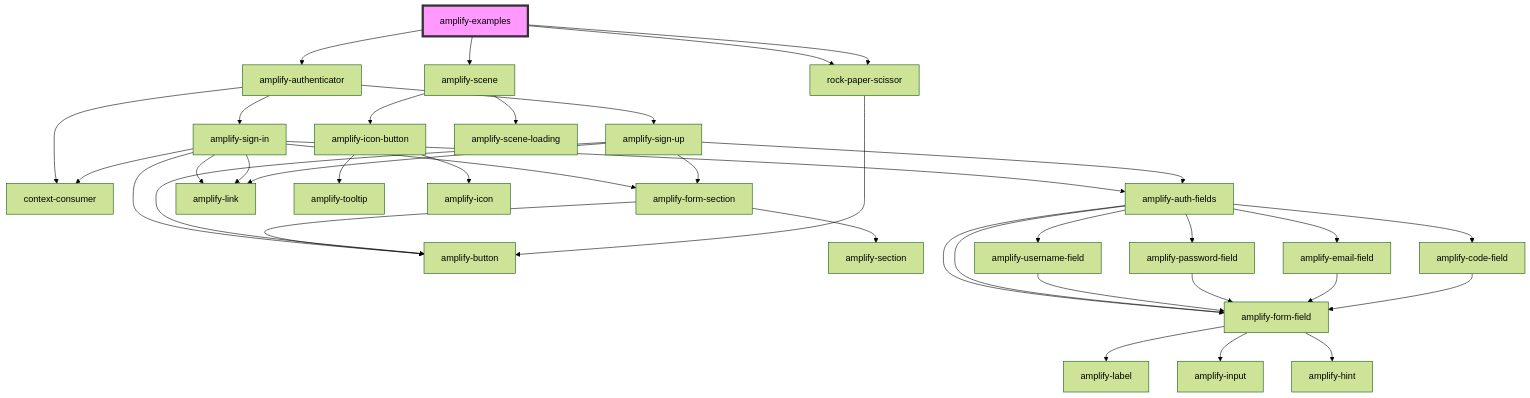
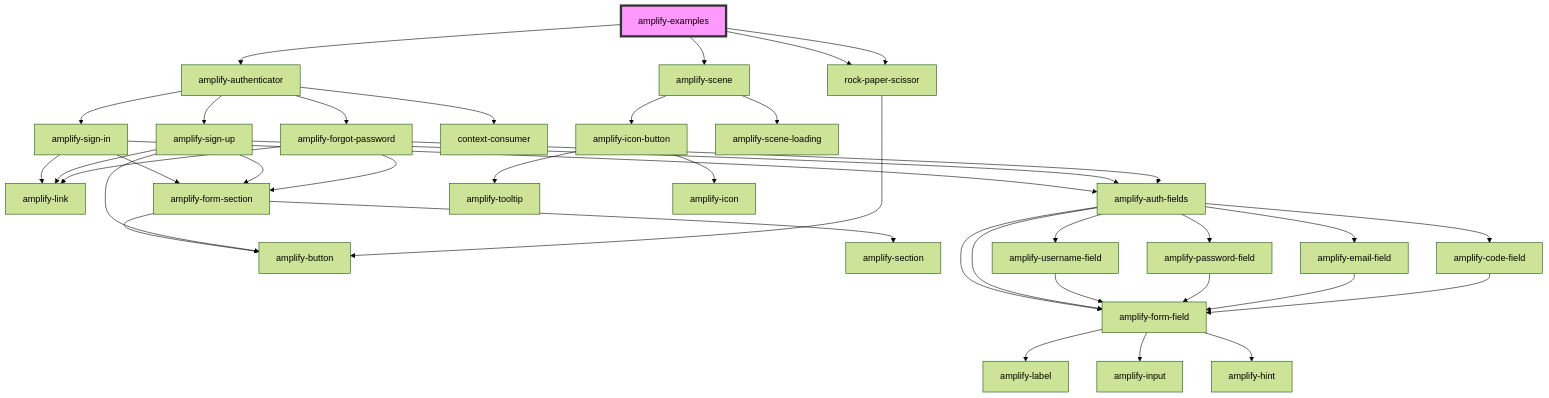
One commit to aws-amplify/amplify-js changed the diagram in packages/amplify-ui-components/src/components/amplify-examples/readme.md. Above: the diagram before and after it, drawn with Mermaid (forest theme). The commit also changed 41 other files, not shown here.

First line of the commit message:
feat:(@aws-amplify/ui-components) amplify-forgot-password component (#4238)

````diff
--- a/packages/amplify-ui-components/src/components/amplify-examples/readme.md
+++ b/packages/amplify-ui-components/src/components/amplify-examples/readme.md
@@ -16,41 +16,42 @@
 ```mermaid
 graph TD;
   amplify-examples --> amplify-authenticator
   amplify-examples --> rock-paper-scissor
   amplify-examples --> rock-paper-scissor
   amplify-examples --> amplify-scene
   amplify-authenticator --> amplify-sign-in
   amplify-authenticator --> amplify-sign-up
+  amplify-authenticator --> amplify-forgot-password
   amplify-authenticator --> context-consumer
+  amplify-sign-in --> amplify-link
   amplify-sign-in --> amplify-form-section
   amplify-sign-in --> amplify-auth-fields
-  amplify-sign-in --> amplify-link
-  amplify-sign-in --> context-consumer
-  amplify-sign-in --> amplify-link
-  amplify-sign-in --> amplify-button
+  amplify-form-section --> amplify-button
   amplify-form-section --> amplify-section
-  amplify-form-section --> amplify-button
   amplify-auth-fields --> amplify-username-field
   amplify-auth-fields --> amplify-password-field
   amplify-auth-fields --> amplify-email-field
   amplify-auth-fields --> amplify-code-field
   amplify-auth-fields --> amplify-form-field
   amplify-auth-fields --> amplify-form-field
   amplify-username-field --> amplify-form-field
   amplify-form-field --> amplify-label
   amplify-form-field --> amplify-input
   amplify-form-field --> amplify-hint
   amplify-password-field --> amplify-form-field
   amplify-email-field --> amplify-form-field
   amplify-code-field --> amplify-form-field
   amplify-sign-up --> amplify-form-section
   amplify-sign-up --> amplify-auth-fields
   amplify-sign-up --> amplify-link
   amplify-sign-up --> amplify-button
+  amplify-forgot-password --> amplify-form-section
+  amplify-forgot-password --> amplify-link
+  amplify-forgot-password --> amplify-auth-fields
   rock-paper-scissor --> amplify-button
   amplify-scene --> amplify-icon-button
   amplify-scene --> amplify-scene-loading
   amplify-icon-button --> amplify-tooltip
   amplify-icon-button --> amplify-icon
   style amplify-examples fill:#f9f,stroke:#333,stroke-width:4px
 ```
````
